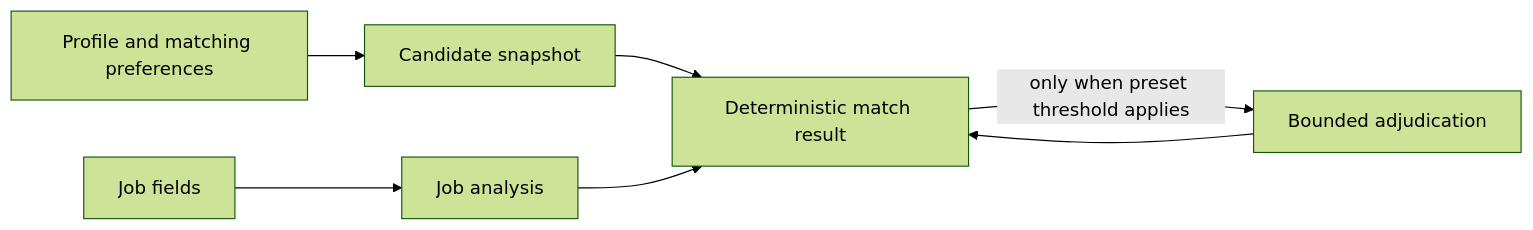
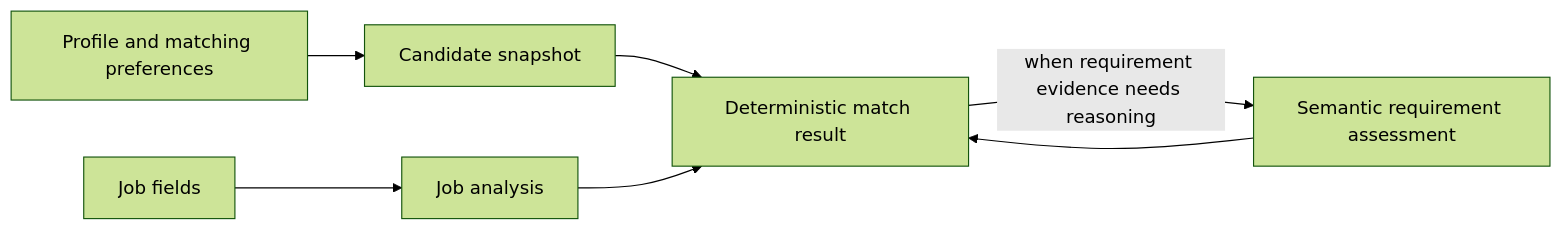
One commit to Chandresh726/Switchy changed the diagram in docs/ai-architecture.md. Above: the diagram before and after it, drawn with Mermaid (forest theme). The commit also changed other lines of this file and 46 other files, not shown here.

````diff
--- a/docs/ai-architecture.md
+++ b/docs/ai-architecture.md
@@ -22,9 +22,9 @@
 ```mermaid
 flowchart LR
   P["Profile and matching preferences"] --> C["Candidate snapshot"]
   J["Job fields"] --> A["Job analysis"]
   C --> M["Deterministic match result"]
   A --> M
-  M -->|"only when preset threshold applies"| D["Bounded adjudication"]
+  M -->|"when requirement evidence needs reasoning"| D["Semantic requirement assessment"]
   D --> M
 ```
````
